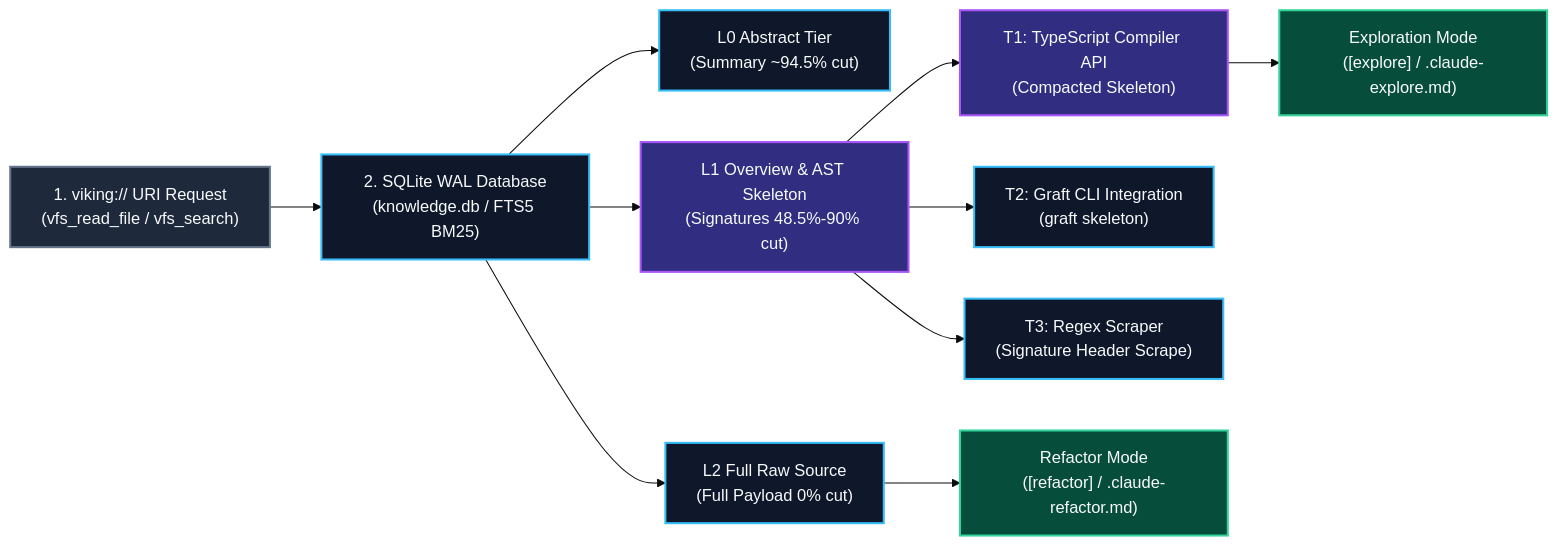
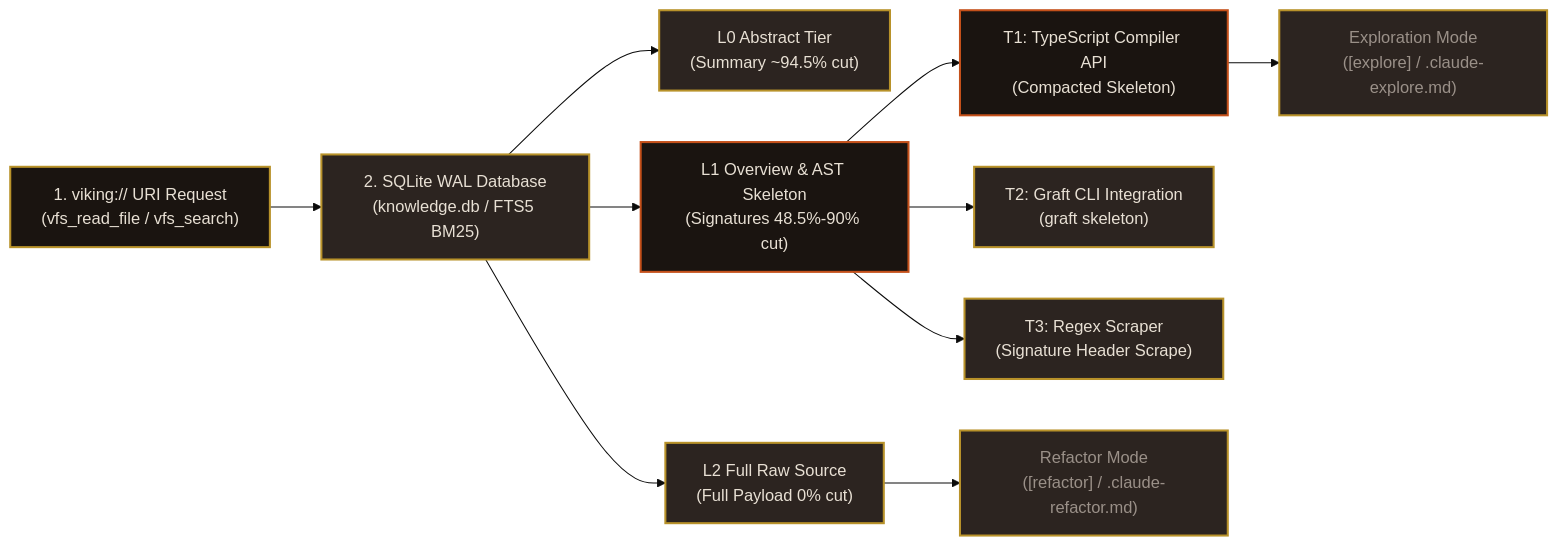
One commit to sorensencc-dotcom/TRM changed the diagram in wiki/Viking-VFS-&-Tiered-Compaction.md. Above: the diagram before and after it, drawn with Mermaid (base theme). The commit also changed 25 other files, not shown here.

First line of the commit message:
docs(wiki): regenerate diagrams from CIC Industrial tokens (W11)

````diff
--- a/wiki/Viking-VFS-&-Tiered-Compaction.md
+++ b/wiki/Viking-VFS-&-Tiered-Compaction.md
@@ -22,20 +22,20 @@
 ```mermaid
 flowchart LR
-    classDef inputStyle fill:#1e293b,stroke:#64748b,stroke-width:2px,color:#f8fafc;
-    classDef stageStyle fill:#0f172a,stroke:#38bdf8,stroke-width:2px,color:#f8fafc;
-    classDef compStyle fill:#312e81,stroke:#a855f7,stroke-width:2px,color:#f8fafc;
-    classDef modeStyle fill:#064e3b,stroke:#34d399,stroke-width:2px,color:#f8fafc;
+    classDef inputStyle fill:#1A1410,stroke:#B8922A,stroke-width:2px,color:#E8E0D4;
+    classDef stageStyle fill:#2C2420,stroke:#B8922A,stroke-width:2px,color:#E8E0D4;
+    classDef compStyle fill:#1A1410,stroke:#C4501A,stroke-width:2px,color:#E8E0D4;
+    classDef modeStyle fill:#2C2420,stroke:#B8922A,stroke-width:2px,color:#9A9088;
 
     URI["1. viking:// URI Request<br/>(vfs_read_file / vfs_search)"]:::inputStyle --> WAL["2. SQLite WAL Database<br/>(knowledge.db / FTS5 BM25)"]:::stageStyle
     
     WAL --> L0["L0 Abstract Tier<br/>(Summary ~94.5% cut)"]:::stageStyle
     WAL --> L1["L1 Overview & AST Skeleton<br/>(Signatures 48.5%-90% cut)"]:::compStyle
     WAL --> L2["L2 Full Raw Source<br/>(Full Payload 0% cut)"]:::stageStyle
 
     L1 --> T1["T1: TypeScript Compiler API<br/>(Compacted Skeleton)"]:::compStyle
     L1 --> T2["T2: Graft CLI Integration<br/>(graft skeleton)"]:::stageStyle
     L1 --> T3["T3: Regex Scraper<br/>(Signature Header Scrape)"]:::stageStyle
 
     T1 --> EXP["Exploration Mode<br/>([explore] / .claude-explore.md)"]:::modeStyle
     L2 --> REF["Refactor Mode<br/>([refactor] / .claude-refactor.md)"]:::modeStyle
 ```
````
